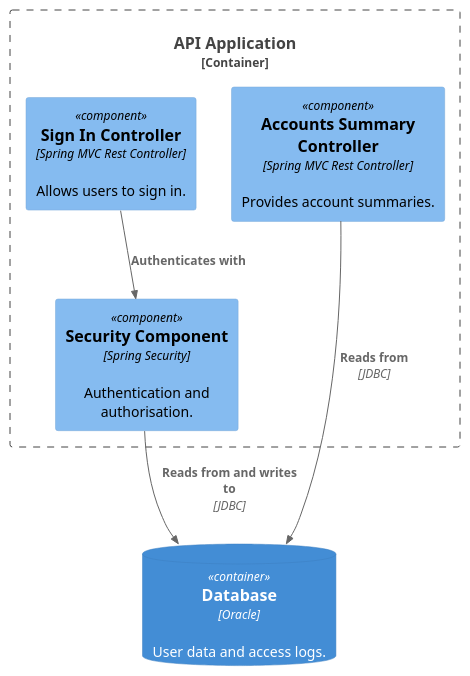
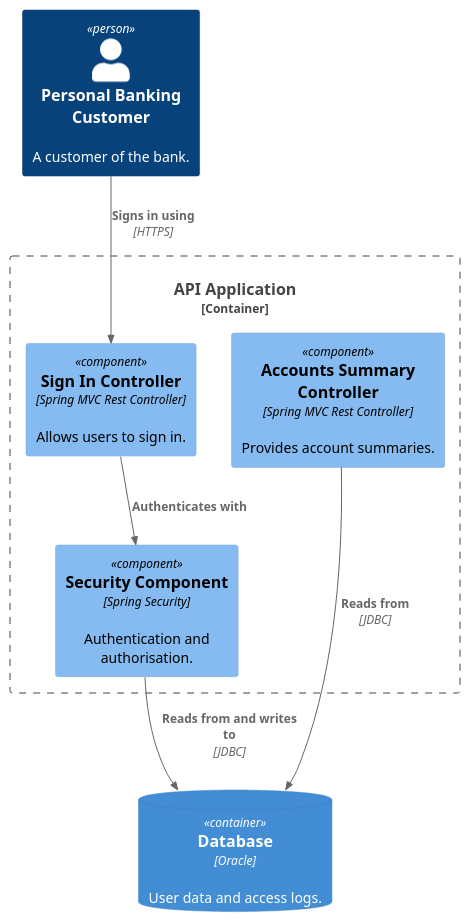
One commit to markdown-viewer/skills changed the diagram in c4/examples/component.md. Above: the diagram before and after it, drawn with PlantUML. The commit also changed 2 other files, not shown here.

Commit message:
Fix c4 skill — review corrections
- SKILL.md: use ContainerDb (cylinder) macro for the Database container.
- examples/component.md: rendered C4-PlantUML now includes the customer
  Person and customer->signIn relationship declared in the DSL model.
- references/dsl.md: add -format png; fix deploymentNode/infrastructureNode
  third positional arg to "Technology" (was "Tag").

````diff
--- a/c4/examples/component.md
+++ b/c4/examples/component.md
@@ -55,14 +55,16 @@
 ```plantuml
 @startuml
 !include <C4/C4_Component>
+Person(customer, "Personal Banking Customer", "A customer of the bank.")
 Container_Boundary(api, "API Application") {
     Component(signIn, "Sign In Controller", "Spring MVC Rest Controller", "Allows users to sign in.")
     Component(accounts, "Accounts Summary Controller", "Spring MVC Rest Controller", "Provides account summaries.")
     Component(security, "Security Component", "Spring Security", "Authentication and authorisation.")
 }
 ContainerDb(db, "Database", "Oracle", "User data and access logs.")
+Rel(customer, signIn, "Signs in using", "HTTPS")
 Rel(signIn, security, "Authenticates with")
 Rel(security, db, "Reads from and writes to", "JDBC")
 Rel(accounts, db, "Reads from", "JDBC")
 @enduml
 ```
````
